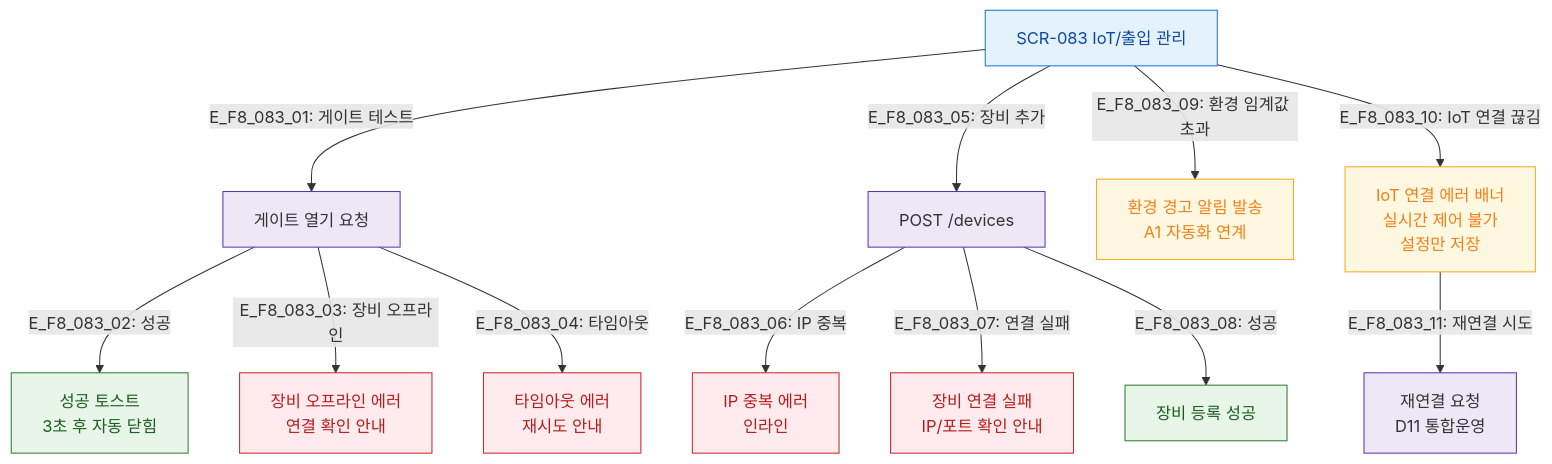
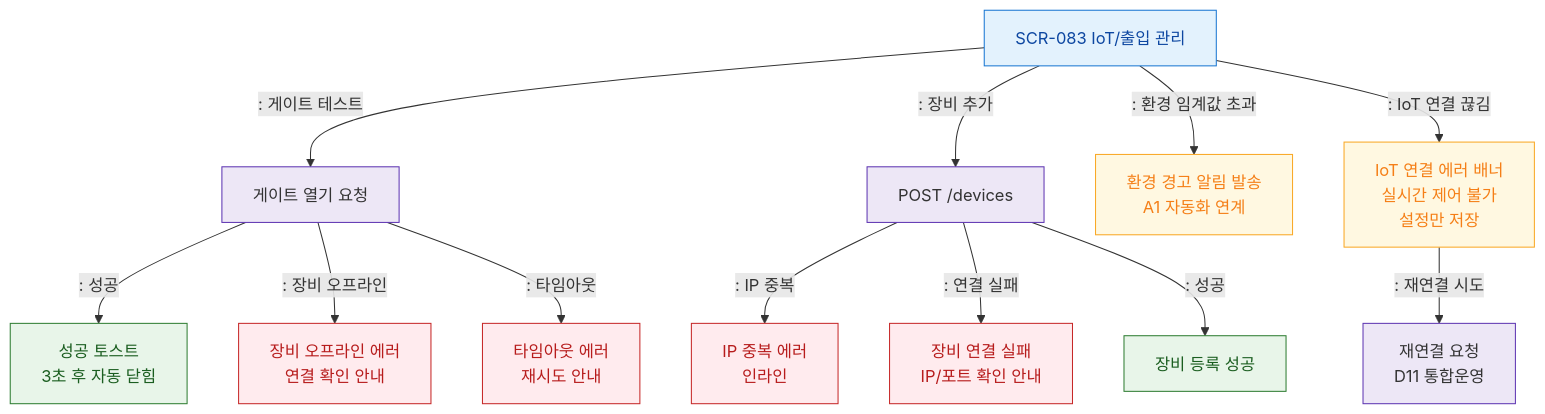
Before and after one commit to dev-spogym/admin-pando: the diagram in docs/다이어그램/D09_설정관리/SCR-083_IoT출입관리/F8_에러예외복구.md, drawn with Mermaid. The commit also changed other lines of this file and 1660 other files, not shown here.

First line of the commit message:
다이어그램: 기획자/클라이언트 납품본으로 정리

````diff
--- a/docs/다이어그램/D09_설정관리/SCR-083_IoT출입관리/F8_에러예외복구.md
+++ b/docs/다이어그램/D09_설정관리/SCR-083_IoT출입관리/F8_에러예외복구.md
@@ -14,30 +12,30 @@
 ```mermaid
 flowchart TD
     SCR083[SCR-083 IoT/출입 관리]
 
-    SCR083 -->|"E_F8_083_01: 게이트 테스트"| GateTest[게이트 열기 요청]
-    GateTest -->|"E_F8_083_02: 성공"| GateOK[성공 토스트\n3초 후 자동 닫힘]
-    GateTest -->|"E_F8_083_03: 장비 오프라인"| E_Offline[장비 오프라인 에러\n연결 확인 안내]
-    GateTest -->|"E_F8_083_04: 타임아웃"| E_Timeout[타임아웃 에러\n재시도 안내]
+    SCR083 -->|": 게이트 테스트"|GateTest[게이트 열기 요청]
+    GateTest -->|": 성공"|GateOK[성공 토스트\n3초 후 자동 닫힘]
+    GateTest -->|": 장비 오프라인"|E_Offline[장비 오프라인 에러\n연결 확인 안내]
+    GateTest -->|": 타임아웃"|E_Timeout[타임아웃 에러\n재시도 안내]
 
-    SCR083 -->|"E_F8_083_05: 장비 추가"| DeviceAdd[POST /devices]
-    DeviceAdd -->|"E_F8_083_06: IP 중복"| E_DupIP[IP 중복 에러\n인라인]
-    DeviceAdd -->|"E_F8_083_07: 연결 실패"| E_Connect[장비 연결 실패\n IP/포트 확인 안내]
-    DeviceAdd -->|"E_F8_083_08: 성공"| AddOK[장비 등록 성공]
+    SCR083 -->|": 장비 추가"|DeviceAdd[POST /devices]
+    DeviceAdd -->|": IP 중복"|E_DupIP[IP 중복 에러\n인라인]
+    DeviceAdd -->|": 연결 실패"|E_Connect[장비 연결 실패\n IP/포트 확인 안내]
+    DeviceAdd -->|": 성공"|AddOK[장비 등록 성공]
 
-    SCR083 -->|"E_F8_083_09: 환경 임계값 초과"| EnvAlert[환경 경고 알림 발송\nA1 자동화 연계]
+    SCR083 -->|": 환경 임계값 초과"|EnvAlert[환경 경고 알림 발송\nA1 자동화 연계]
 
-    SCR083 -->|"E_F8_083_10: IoT 연결 끊김"| IoTErr[IoT 연결 에러 배너\n실시간 제어 불가\n설정만 저장]
-    IoTErr -->|"E_F8_083_11: 재연결 시도"| ReconnectIoT[재연결 요청\nD11 통합운영]
+    SCR083 -->|": IoT 연결 끊김"|IoTErr[IoT 연결 에러 배너\n실시간 제어 불가\n설정만 저장]
+    IoTErr -->|": 재연결 시도"|ReconnectIoT[재연결 요청\nD11 통합운영]
 
     classDef screen fill:#E3F2FD,stroke:#1976D2,color:#0D47A1
     classDef error fill:#FFEBEE,stroke:#C62828,color:#B71C1C
     classDef success fill:#E8F5E9,stroke:#2E7D32,color:#1B5E20
     classDef warning fill:#FFF8E1,stroke:#F9A825,color:#F57F17
     classDef system fill:#EDE7F6,stroke:#5E35B2
     class SCR083 screen
     class E_Offline,E_Timeout,E_DupIP,E_Connect error
     class GateOK,AddOK success
     class IoTErr,EnvAlert warning
     class GateTest,DeviceAdd,ReconnectIoT system
 ```
````
